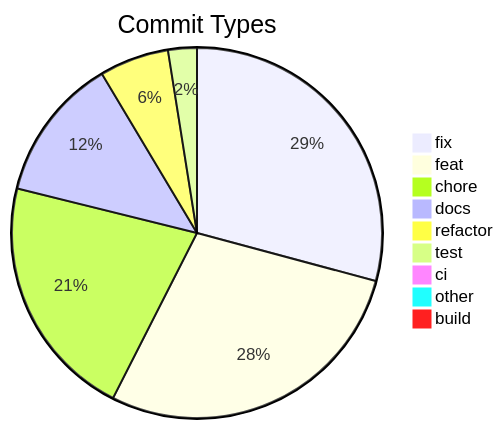
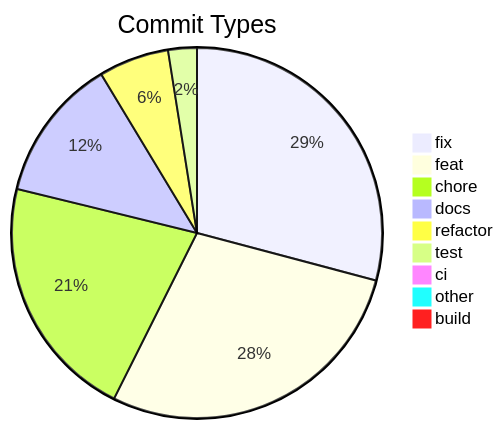
The diagram in .shipwright/compliance/change-history.md (svenroth-ai/shipwright), drawn with Mermaid before and after one commit. The commit also changed other lines of this file and 56 other files, not shown here.

First line of the commit message:
refactor(compliance): derive the traceability namespace from the FR id (schema 2 to 3) (#411)

````diff
--- a/.shipwright/compliance/change-history.md
+++ b/.shipwright/compliance/change-history.md
@@ -8,12 +8,12 @@
 ```mermaid
 pie title Commit Types
     "fix" : 337
     "feat" : 327
-    "chore" : 247
+    "chore" : 248
     "docs" : 145
-    "refactor" : 70
+    "refactor" : 71
     "test" : 29
     "ci" : 11
     "other" : 9
     "build" : 1
 ```
````
